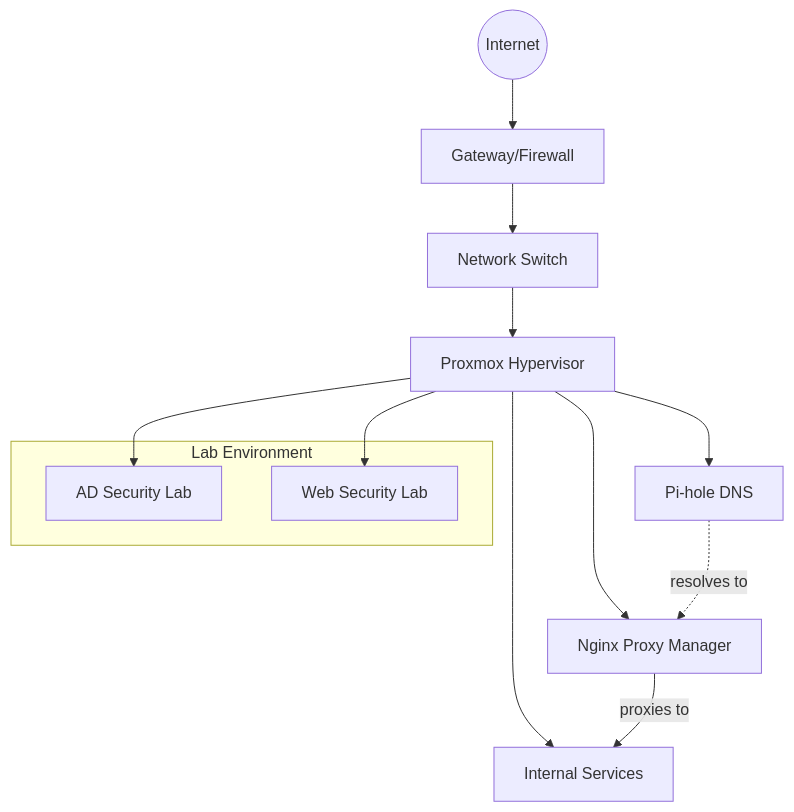
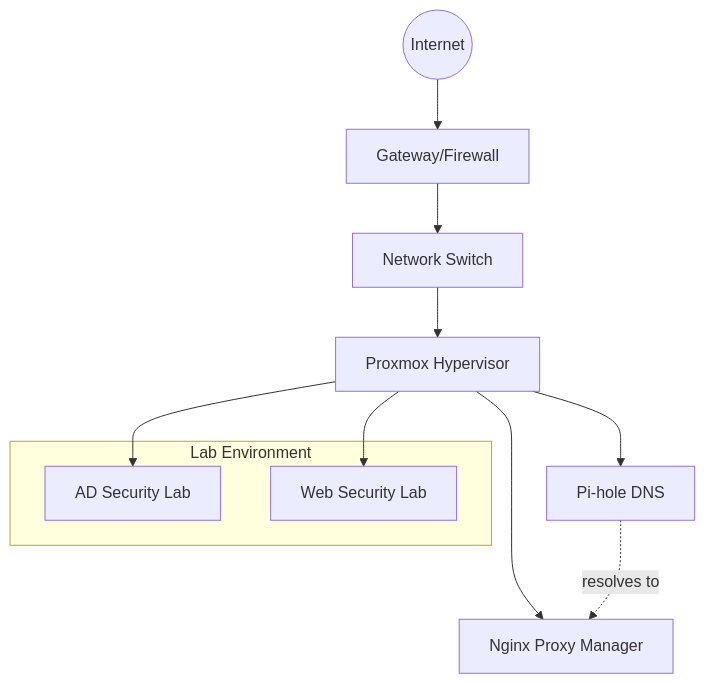
Before and after one commit to mariotorrestech/mariotorrestech.github.io: the diagram in docs/homelab/index.md, drawn with Mermaid. The commit also changed 2 other files, not shown here.

Commit message:
Fix diagram logic and clean up redundancies across homelab   docs

````diff
--- a/docs/homelab/index.md
+++ b/docs/homelab/index.md
@@ -28,21 +28,19 @@
 ```mermaid
 graph TD
     INTERNET((Internet)) --> ROUTER[Gateway/Firewall]
     ROUTER --> SWITCH[Network Switch]
     SWITCH --> PROXMOX[Proxmox Hypervisor]
 
     PROXMOX --> DNS[Pi-hole DNS]
     PROXMOX --> PROXY[Nginx Proxy Manager]
-    PROXMOX --> SERVICES[Internal Services]
 
     DNS -.->|resolves to| PROXY
-    PROXY -->|proxies to| SERVICES
 
     subgraph Lab Environment
         ADLAB[AD Security Lab]
         WEBLAB[Web Security Lab]
     end
 
     PROXMOX --> ADLAB
     PROXMOX --> WEBLAB
 ```
````
